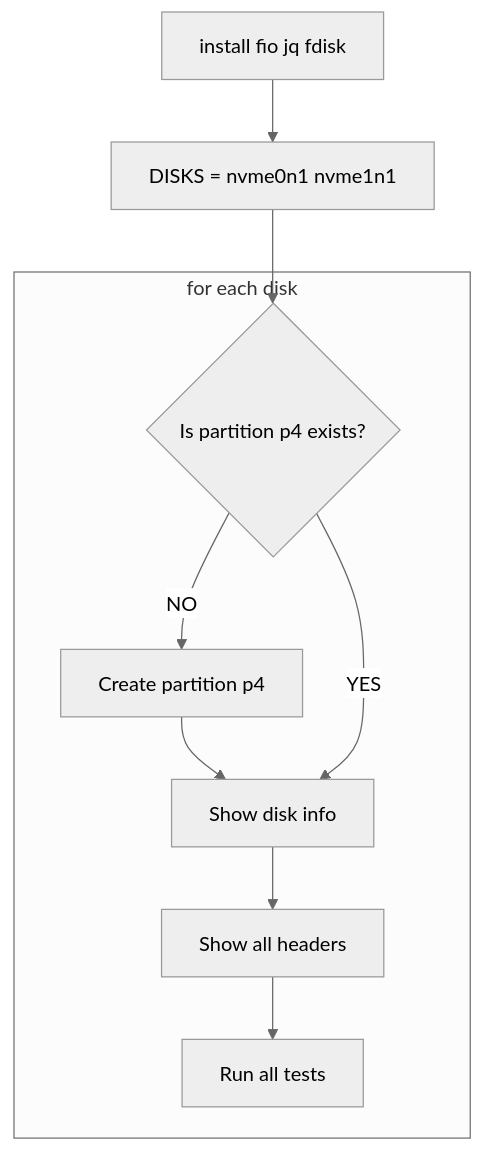
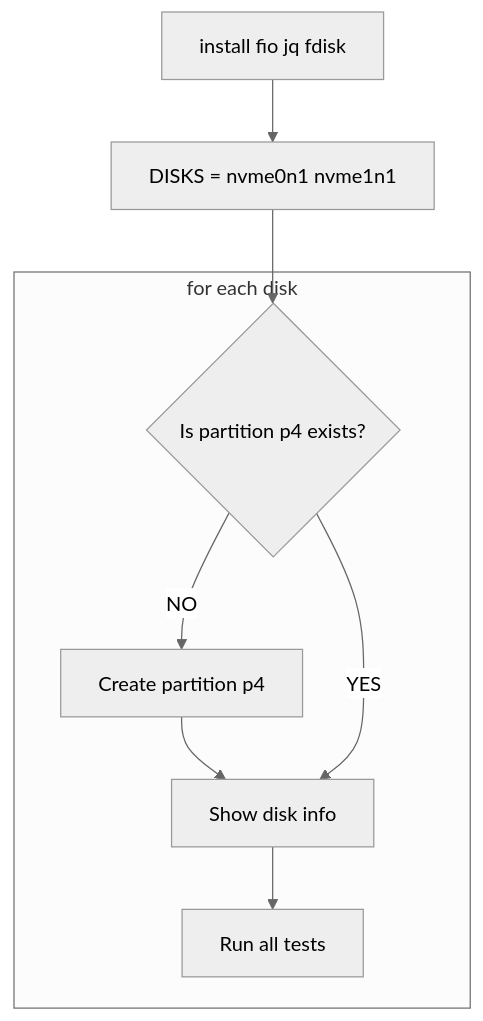
One commit to igluko/pve-scripts changed the diagram in README.md. Above: the diagram before and after it, drawn with Mermaid (neutral theme).

Commit message:
update md

````diff
--- a/README.md
+++ b/README.md
@@ -25,12 +25,11 @@
 ```mermaid
 flowchart TB
     INSTALL[install fio jq fdisk] --> SET_DISKS[DISKS = nvme0n1 nvme1n1]
     SET_DISKS --> IS_PART{Is partition p4 exists?}
     subgraph MAIN_LOOP [for each disk]
         IS_PART -- NO --> CREATE_PART[Create partition p4]
         CREATE_PART --> ECHO_INFO[Show disk info]
         IS_PART -- YES --> ECHO_INFO[Show disk info]
-        ECHO_INFO --> ECHO_HEADERS[Show all headers]
-        ECHO_HEADERS --> RUN_TESTS[Run all tests]
+        ECHO_INFO --> RUN_TESTS[Run all tests]
     end
 ```
````
